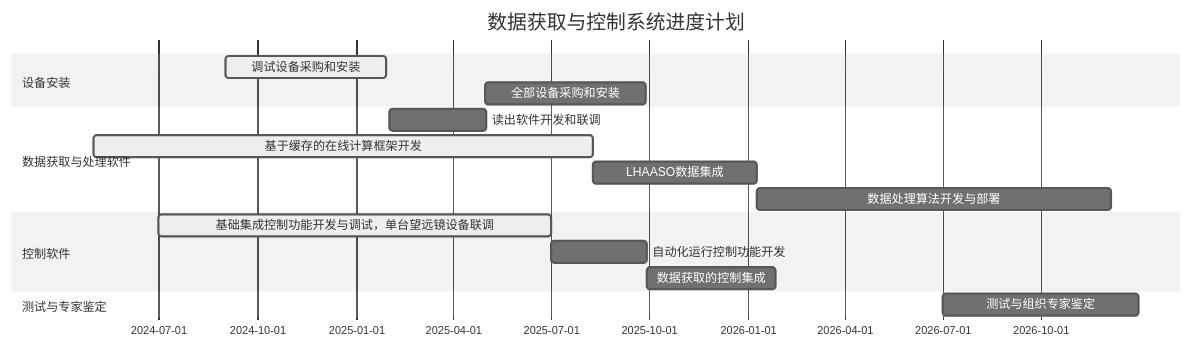
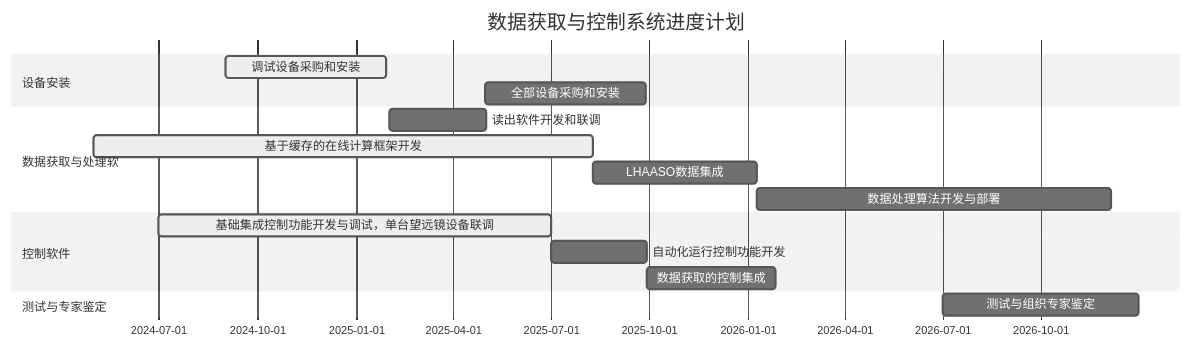
The diagram in all/未命名-1.md (gumh/iodraw-files), drawn with Mermaid (neutral theme) before and after one commit.

Commit message:
2025-01-19 13:55:46 update

````diff
--- a/all/未命名-1.md
+++ b/all/未命名-1.md
@@ -1,21 +1,21 @@
 ```mermaid
 gantt
     title 数据获取与控制系统进度计划
     dateFormat YYYY-MM-DD
     todayMarker stroke-width:5px,stroke:#0f0,opacity:0.5
     
     section 设备安装
     调试设备采购和安装 :active, 2024-09-01, 150d
     全部设备采购和安装 :2025-05-01, 150d
-    section 数据获取与处理软件
+    section 数据获取与处理软
     读出软件开发和联调 :2025-02-01, 90d
     基于缓存的在线计算框架开发 :active, b2, 2024-05-01, 465d
     LHAASO数据集成 :b3, after b2, 153d
     数据处理算法开发与部署 :after b3, 330d
     section 控制软件
     基础集成控制功能开发与调试，单台望远镜设备联调 :active, c1, 2024-07-01, 365d
     自动化运行控制功能开发 :c2, after c1, 90d
     数据获取的控制集成 :c3, after c2, 120d
     section 测试与专家鉴定
     测试与组织专家鉴定 :2026-07-01, 2026-12-31
 ```
````
